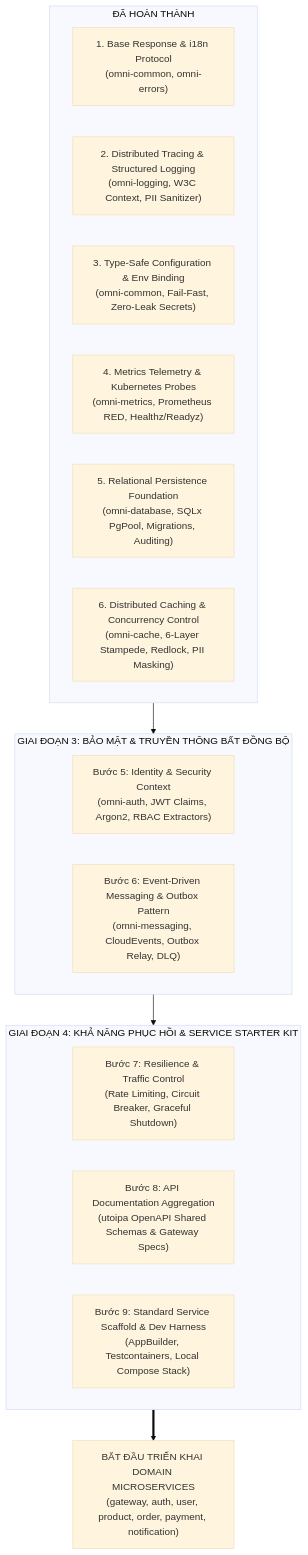
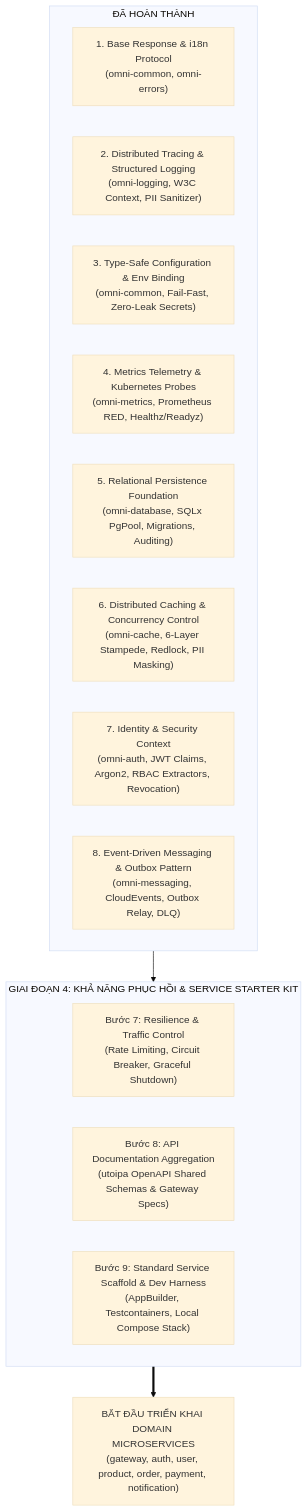
One commit to NQHxDev/OmniKubernetes changed the diagram in RoadMap.md. Above: the diagram before and after it, drawn with Mermaid (base theme). The commit also changed other lines of this file and 51 other files, not shown here.

Commit message:
feat: implement comprehensive event-driven messaging and outbox pattern library

````diff
--- a/RoadMap.md
+++ b/RoadMap.md
@@ -41,26 +43,22 @@
 ```mermaid
 flowchart TD
     subgraph Done["ĐÃ HOÀN THÀNH"]
         M01["1. Base Response & i18n Protocol<br/>(omni-common, omni-errors)"]
         M02["2. Distributed Tracing & Structured Logging<br/>(omni-logging, W3C Context, PII Sanitizer)"]
         M03["3. Type-Safe Configuration & Env Binding<br/>(omni-common, Fail-Fast, Zero-Leak Secrets)"]
         M04["4. Metrics Telemetry & Kubernetes Probes<br/>(omni-metrics, Prometheus RED, Healthz/Readyz)"]
         M05["5. Relational Persistence Foundation<br/>(omni-database, SQLx PgPool, Migrations, Auditing)"]
         M06["6. Distributed Caching & Concurrency Control<br/>(omni-cache, 6-Layer Stampede, Redlock, PII Masking)"]
-    end
-
-    subgraph Phase3["GIAI ĐOẠN 3: BẢO MẬT & TRUYỀN THÔNG BẤT ĐỒNG BỘ"]
-        P5["Bước 5: Identity & Security Context<br/>(omni-auth, JWT Claims, Argon2, RBAC Extractors)"]
-        P6["Bước 6: Event-Driven Messaging & Outbox Pattern<br/>(omni-messaging, CloudEvents, Outbox Relay, DLQ)"]
+        M07["7. Identity & Security Context<br/>(omni-auth, JWT Claims, Argon2, RBAC Extractors, Revocation)"]
+        M08["8. Event-Driven Messaging & Outbox Pattern<br/>(omni-messaging, CloudEvents, Outbox Relay, DLQ)"]
     end
 
     subgraph Phase4["GIAI ĐOẠN 4: KHẢ NĂNG PHỤC HỒI & SERVICE STARTER KIT"]
         P7["Bước 7: Resilience & Traffic Control<br/>(Rate Limiting, Circuit Breaker, Graceful Shutdown)"]
         P8["Bước 8: API Documentation Aggregation<br/>(utoipa OpenAPI Shared Schemas & Gateway Specs)"]
         P9["Bước 9: Standard Service Scaffold & Dev Harness<br/>(AppBuilder, Testcontainers, Local Compose Stack)"]
     end
 
-    Done --> Phase3
-    Phase3 --> Phase4
+    Done --> Phase4
     Phase4 ==> Target["BẮT ĐẦU TRIỂN KHAI DOMAIN MICROSERVICES<br/>(gateway, auth, user, product, order, payment, notification)"]
 ```
````
